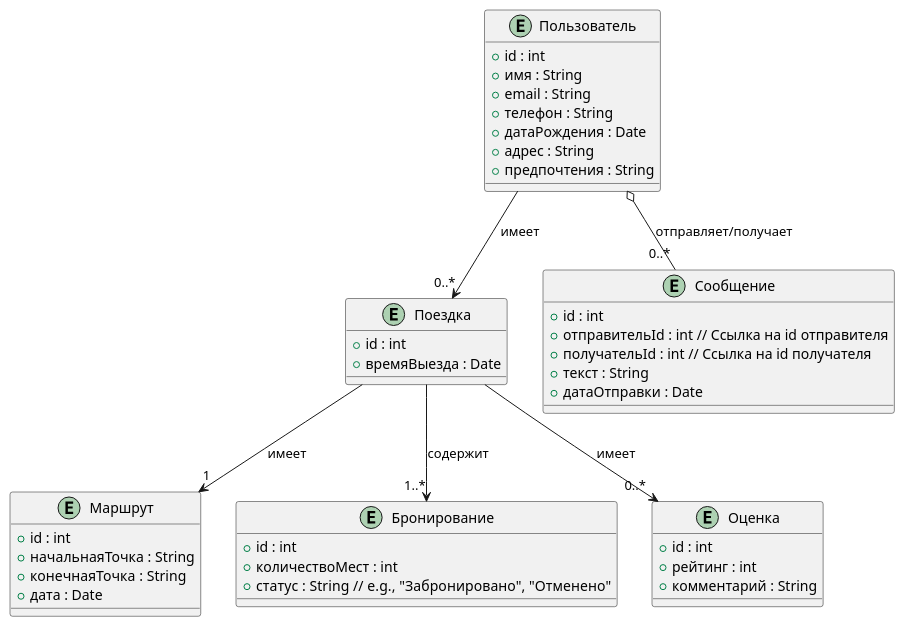
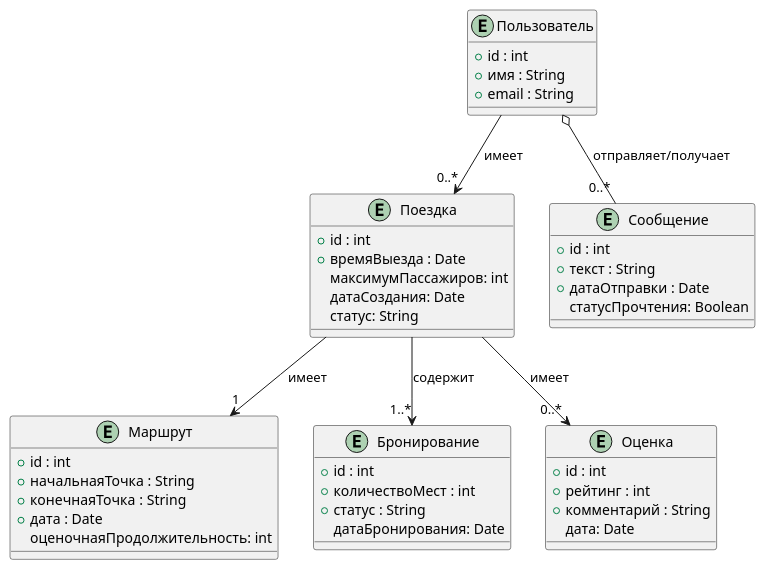
One commit to BUka228/CarPooling changed the diagram in UML/Test.puml. Above: the diagram before and after it, drawn with PlantUML. The commit also changed 7 other files, not shown here.

```diff
--- a/UML/Test.puml
+++ b/UML/Test.puml
@@ -1,50 +1,53 @@
 @startuml
 entity Пользователь {
     +id : int
     +имя : String
     +email : String
-    +телефон : String
-    +датаРождения : Date
-    +адрес : String
-    +предпочтения : String
 }
+
+
 
 entity Поездка {
     +id : int
     +времяВыезда : Date
+    максимумПассажиров: int
+    датаСоздания: Date
+    статус: String
 }
 
 entity Маршрут {
     +id : int
     +начальнаяТочка : String
     +конечнаяТочка : String
     +дата : Date
+    оценочнаяПродолжительность: int
 }
 
 entity Бронирование {
     +id : int
     +количествоМест : int
-    +статус : String  // e.g., "Забронировано", "Отменено"
+    +статус : String
+    датаБронирования: Date
 }
 
 entity Сообщение {
     +id : int
-    +отправительId : int // Ссылка на id отправителя
-    +получательId : int // Ссылка на id получателя
     +текст : String
     +датаОтправки : Date
+    статусПрочтения: Boolean
 }
 
 entity Оценка {
     +id : int
     +рейтинг : int
     +комментарий : String
+    дата: Date
 }
 
 Пользователь --> "0..*" Поездка : имеет
 Поездка --> "1..*" Бронирование : содержит
 Поездка --> "1" Маршрут : имеет
 Пользователь o-- "0..*" Сообщение : отправляет/получает
 Поездка --> "0..*" Оценка : имеет
 
 @enduml
```
